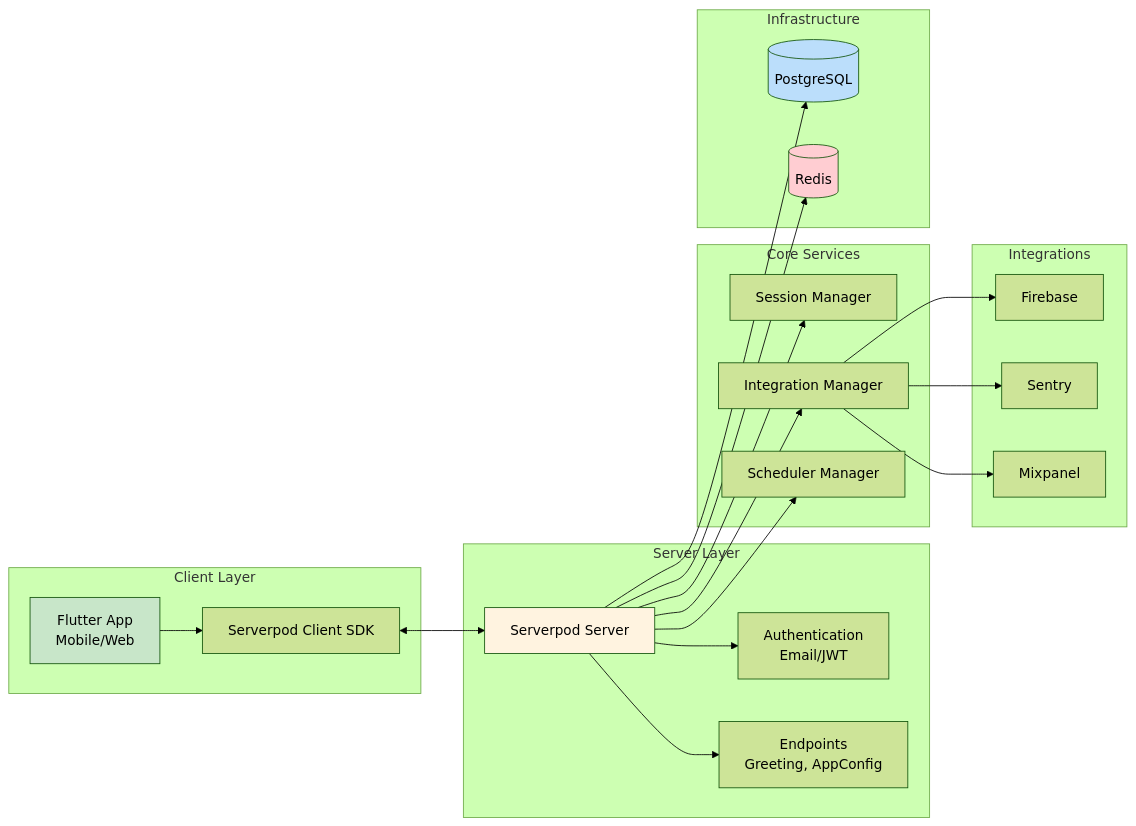
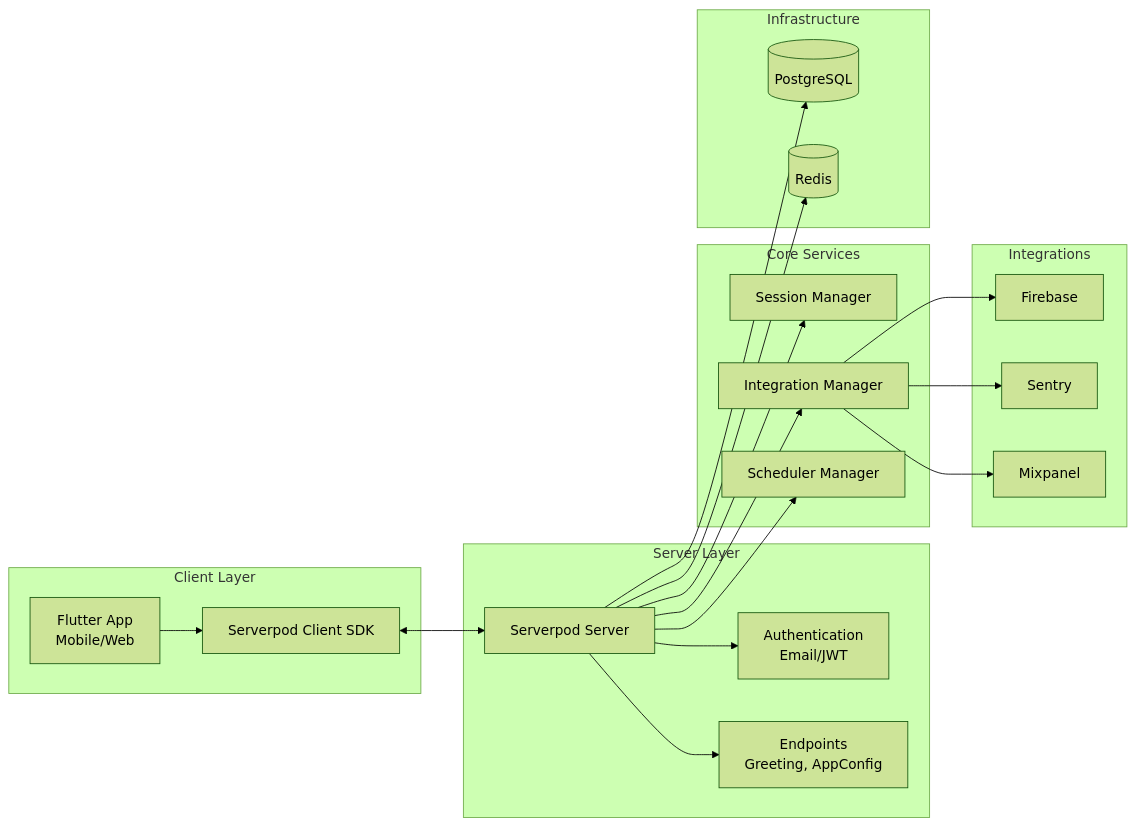
The second of 9 diagrams in README.md (gurkanfikretgunak/masterfabric_serverpod), drawn with Mermaid (forest theme) before and after one commit. The commit also changed other lines of this file, not shown here.

Commit message:
refactor(README): remove style definitions from diagrams for cleaner presentation

````diff
--- a/README.md
+++ b/README.md
@@ -45,48 +41,43 @@
 ```mermaid
 graph LR
     subgraph "Client Layer"
         FlutterApp[Flutter App<br/>Mobile/Web]
         ClientSDK[Serverpod Client SDK]
     end
     
     subgraph "Server Layer"
         ServerpodServer[Serverpod Server]
         Auth[Authentication<br/>Email/JWT]
         Endpoints[Endpoints<br/>Greeting, AppConfig]
     end
     
     subgraph "Core Services"
         SessionMgr[Session Manager]
         IntMgr[Integration Manager]
         Scheduler[Scheduler Manager]
     end
     
     subgraph "Integrations"
         Firebase[Firebase]
         Sentry[Sentry]
         Mixpanel[Mixpanel]
     end
     
     subgraph "Infrastructure"
         PostgreSQL[(PostgreSQL)]
         Redis[(Redis)]
     end
     
     FlutterApp --> ClientSDK
     ClientSDK <--> ServerpodServer
     ServerpodServer --> Auth
     ServerpodServer --> Endpoints
     ServerpodServer --> SessionMgr
     ServerpodServer --> IntMgr
     ServerpodServer --> Scheduler
     IntMgr --> Firebase
     IntMgr --> Sentry
     IntMgr --> Mixpanel
     ServerpodServer --> PostgreSQL
     ServerpodServer --> Redis
-    
-    style FlutterApp fill:#c8e6c9
-    style ServerpodServer fill:#fff3e0
-    style PostgreSQL fill:#bbdefb
-    style Redis fill:#ffcdd2
 ```
````
